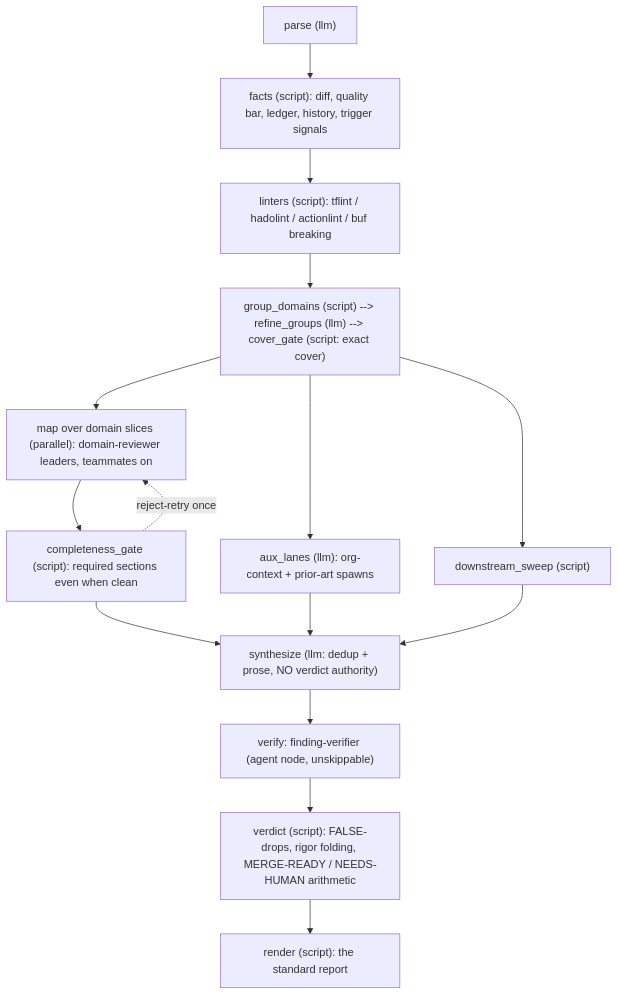
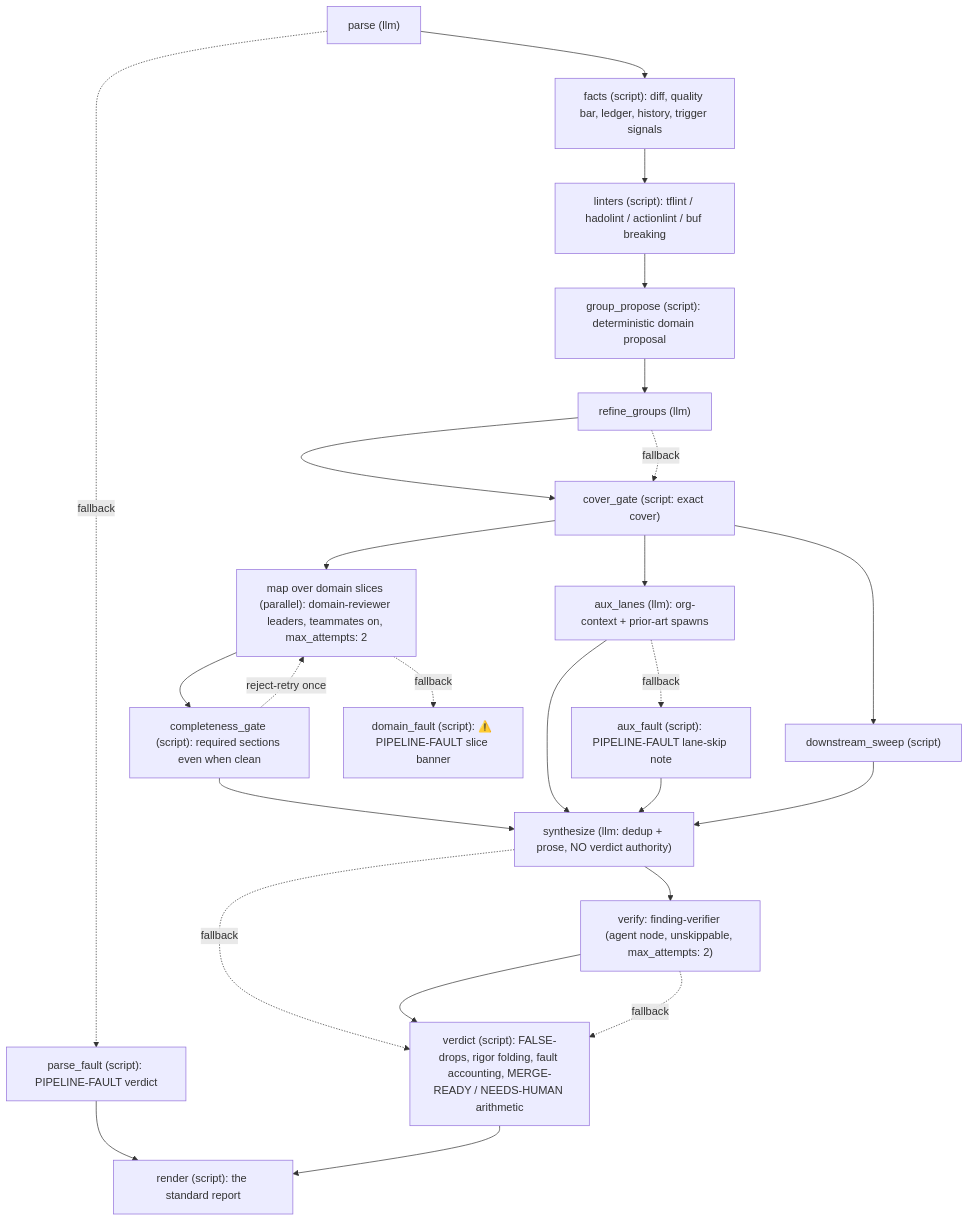
One commit to Dark-Alex-17/coyote changed the diagram in assets/agents/code-reviewer/README.md. Above: the diagram before and after it, drawn with Mermaid. The commit also changed other lines of this file and 7 other files, not shown here.

Commit message:
docs: sync agent READMEs + diagrams with resilience hardening

````diff
--- a/assets/agents/code-reviewer/README.md
+++ b/assets/agents/code-reviewer/README.md
@@ -14,17 +14,27 @@
 ```mermaid
 flowchart TD
     A["parse (llm)"] --> B["facts (script): diff, quality bar, ledger, history, trigger signals"]
+    A -. "fallback" .-> PF["parse_fault (script): PIPELINE-FAULT verdict"]
+    PF --> L
     B --> C["linters (script): tflint / hadolint / actionlint / buf breaking"]
-    C --> D["group_domains (script) --> refine_groups (llm) --> cover_gate (script: exact cover)"]
-    D --> E["map over domain slices (parallel): domain-reviewer leaders, teammates on"]
-    D --> F["aux_lanes (llm): org-context + prior-art spawns"]
-    D --> G["downstream_sweep (script)"]
+    C --> D1["group_propose (script): deterministic domain proposal"]
+    D1 --> D2["refine_groups (llm)"]
+    D2 --> D3["cover_gate (script: exact cover)"]
+    D2 -. "fallback" .-> D3
+    D3 --> E["map over domain slices (parallel): domain-reviewer leaders, teammates on, max_attempts: 2"]
+    D3 --> F["aux_lanes (llm): org-context + prior-art spawns"]
+    D3 --> G["downstream_sweep (script)"]
     E --> H["completeness_gate (script): required sections even when clean"]
+    E -. "fallback" .-> DF["domain_fault (script): ⚠️ PIPELINE-FAULT slice banner"]
     H -. "reject-retry once" .-> E
     H --> I["synthesize (llm: dedup + prose, NO verdict authority)"]
     F --> I
+    F -. "fallback" .-> AF["aux_fault (script): PIPELINE-FAULT lane-skip note"]
+    AF --> I
     G --> I
-    I --> J["verify: finding-verifier (agent node, unskippable)"]
-    J --> K["verdict (script): FALSE-drops, rigor folding, MERGE-READY / NEEDS-HUMAN arithmetic"]
+    I --> J["verify: finding-verifier (agent node, unskippable, max_attempts: 2)"]
+    I -. "fallback" .-> K
+    J --> K["verdict (script): FALSE-drops, rigor folding, fault accounting, MERGE-READY / NEEDS-HUMAN arithmetic"]
+    J -. "fallback" .-> K
     K --> L["render (script): the standard report"]
 ```
````
